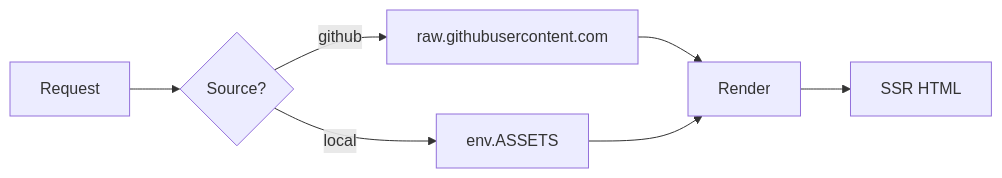
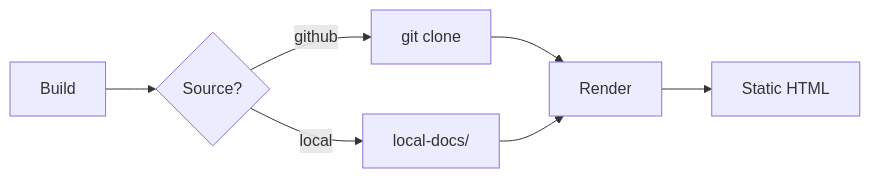
One commit to siiway/vellum changed the diagram in app/local-docs/vl-handbook/markdown.md. Above: the diagram before and after it, drawn with Mermaid. The commit also changed other lines of this file and 105 other files, not shown here.

First line of the commit message:
feat!: build a static site served from Workers static assets

````diff
--- a/app/local-docs/vl-handbook/markdown.md
+++ b/app/local-docs/vl-handbook/markdown.md
@@ -193,8 +193,8 @@
 ```mermaid
 flowchart LR
-  A[Request] --> B{Source?}
-  B -->|github| C[raw.githubusercontent.com]
-  B -->|local| D[env.ASSETS]
+  A[Build] --> B{Source?}
+  B -->|github| C[git clone]
+  B -->|local| D[local-docs/]
   C & D --> E[Render]
-  E --> F[SSR HTML]
+  E --> F[Static HTML]
 ```
````
